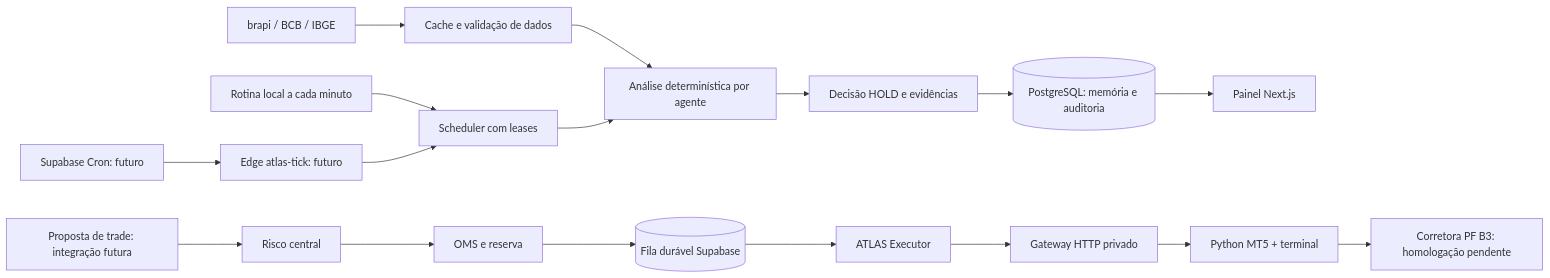
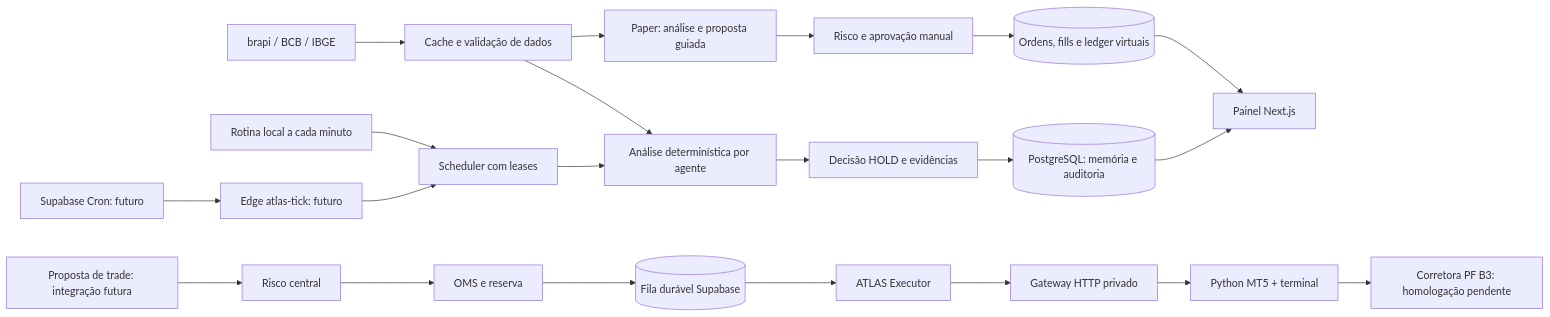
One commit to BrenoSilveiraLeal/A.T.L.A.S changed the diagram in README.md. Above: the diagram before and after it, drawn with Mermaid. The commit also changed other lines of this file and 15 other files, not shown here.

First line of the commit message:
feat(paper-trading): implement owner-guided SMA analysis and database schema

````diff
--- a/README.md
+++ b/README.md
@@ -11,19 +11,23 @@
 ```mermaid
 flowchart LR
   D[brapi / BCB / IBGE] --> C[Cache e validação de dados]
   C --> A[Análise determinística por agente]
   A --> P[Decisão HOLD e evidências]
   P --> DB[(PostgreSQL: memória e auditoria)]
   DB --> UI[Painel Next.js]
   L[Rotina local a cada minuto] --> J[Scheduler com leases]
   CR[Supabase Cron: futuro] --> E[Edge atlas-tick: futuro]
   E --> J[Scheduler com leases]
   J --> A
+  C --> PA[Paper: análise e proposta guiada]
+  PA --> PR[Risco e aprovação manual]
+  PR --> PV[(Ordens, fills e ledger virtuais)]
+  PV --> UI
   F[Proposta de trade: integração futura] --> R[Risco central]
   R --> O[OMS e reserva]
   O --> Q[(Fila durável Supabase)]
   Q --> X[ATLAS Executor]
   X --> G[Gateway HTTP privado]
   G --> MT[Python MT5 + terminal]
   MT --> B[Corretora PF B3: homologação pendente]
 ```
````
